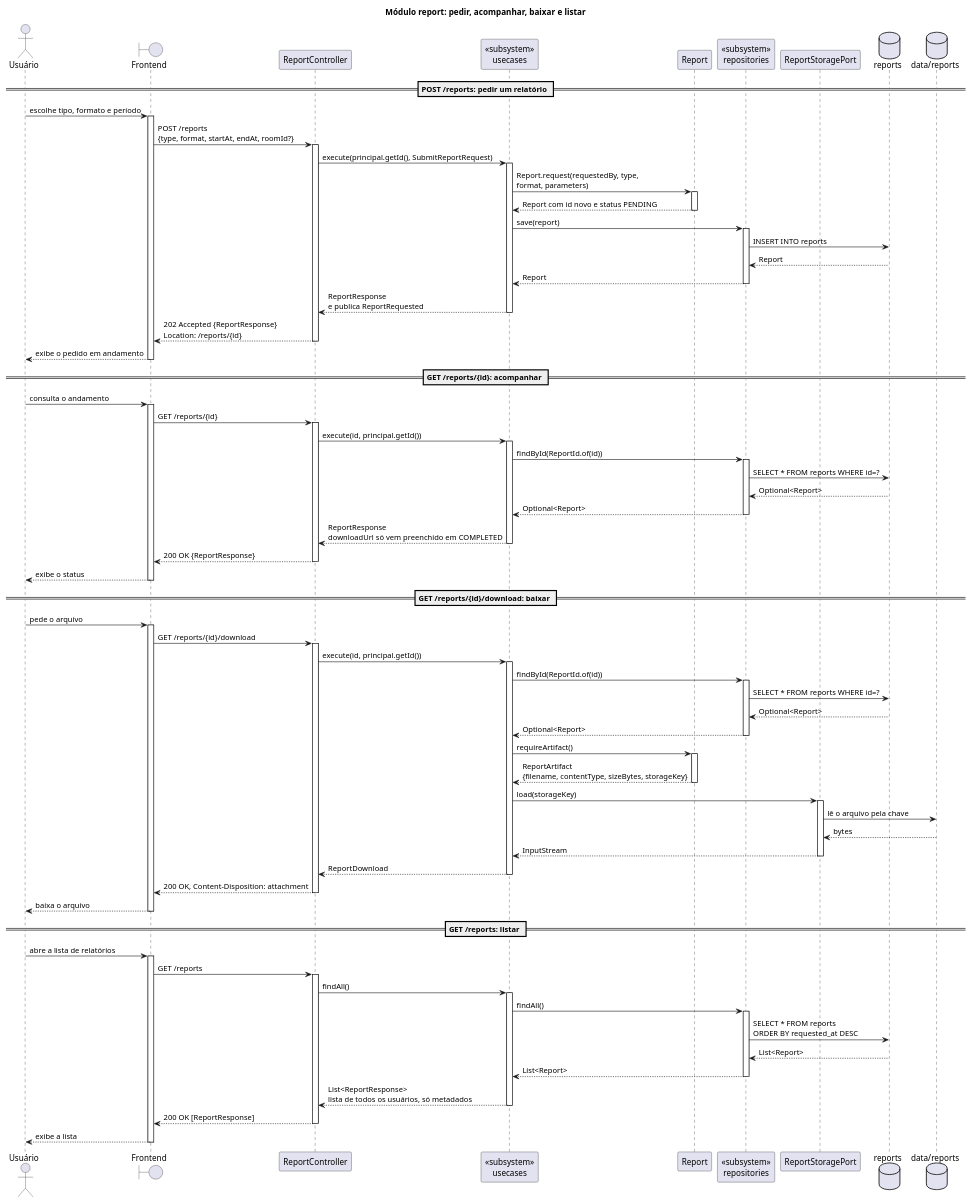
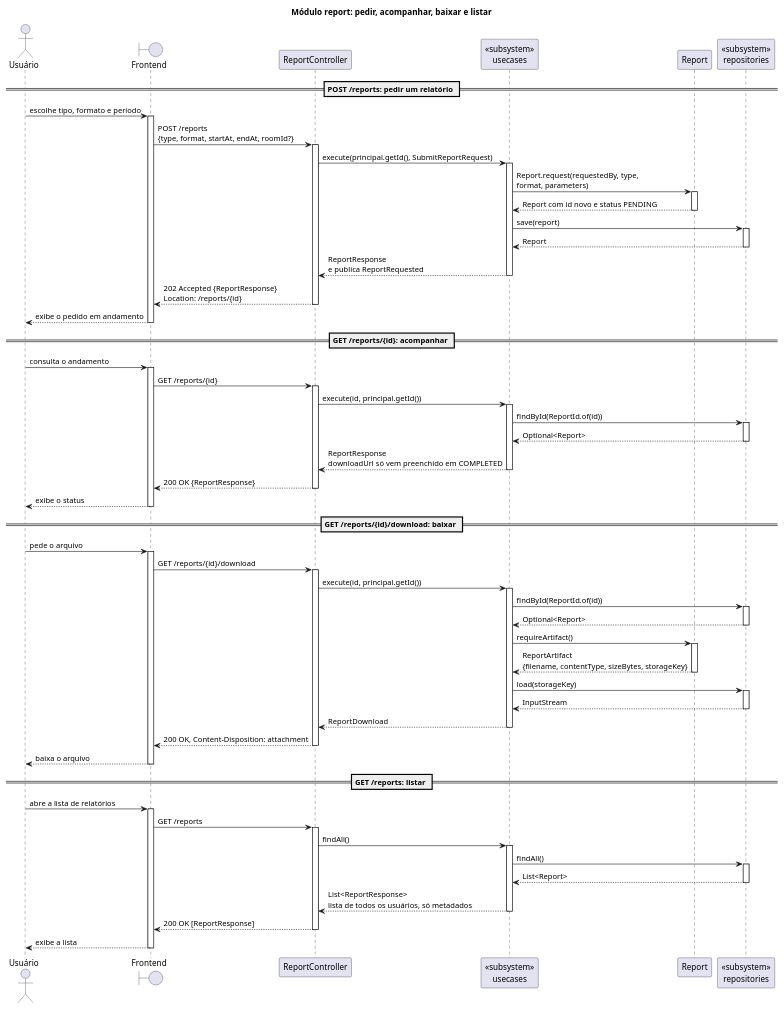
One commit to Neoguara/rooms-diagrams changed the diagram in src/plantuml/sequencia/simples/report.puml. Above: the diagram before and after it, drawn with PlantUML. The commit also changed 23 other files, not shown here.

```diff
--- a/src/plantuml/sequencia/simples/report.puml
+++ b/src/plantuml/sequencia/simples/report.puml
@@ -1,141 +1,132 @@
 @startuml report_simples
 
 ' Os quatro endpoints HTTP do módulo report, no estilo simplista. A geração do arquivo,
 ' que acontece fora da requisição, está em report_generation.puml. Os diagramas completos
 ' continuam em sequencia/report/, e é lá que estão os desvios.
 '
-' Quatro cortes em relação aos completos:
+' Cinco cortes em relação aos completos:
 '   1. Porta e implementação viram um participante só, tipado como «subsystem».
 '   2. Só o caminho de sucesso. Nenhum alt: os erros (404, 422) estão nos completos, e as
 '      transições de estado estão em estado/report_status.puml.
 '   3. Nenhum loop, nenhuma mensagem para si mesmo.
 '   4. Ativação só em trecho reto, abrindo e fechando no mesmo nível.
+'   5. O armazenamento não aparece. As mensagens param no participante de repositório,
+'      que absorve também o ReportStoragePort, e a consulta, a gravação e a leitura do
+'      arquivo ficam implícitas: o que importa é a conversa entre as camadas, não o SQL
+'      nem o disco.
 '
 ' O POST responde 202, e não 201, porque o arquivo ainda não existe: o que existe é o
 ' acompanhamento.
 
 title Módulo report: pedir, acompanhar, baixar e listar
 
 actor "Usuário" as Ator
 boundary "Frontend" as FE
 participant "ReportController" as Ctrl
 
 participant "<<subsystem>>\nusecases" as UC
 
 participant "Report" as Entity
 
 participant "<<subsystem>>\nrepositories" as Repo
-participant "ReportStoragePort" as Storage
-database "reports" as DB
-database "data/reports" as FS
 
 == POST /reports: pedir um relatório ==
 
 Ator -> FE: escolhe tipo, formato e período
 activate FE
 FE -> Ctrl: POST /reports\n{type, format, startAt, endAt, roomId?}
 activate Ctrl
 Ctrl -> UC: execute(principal.getId(), SubmitReportRequest)
 activate UC
 
 UC -> Entity: Report.request(requestedBy, type,\nformat, parameters)
 activate Entity
 Entity --> UC: Report com id novo e status PENDING
 deactivate Entity
 
 UC -> Repo: save(report)
 activate Repo
-Repo -> DB: INSERT INTO reports
-DB --> Repo: Report
 Repo --> UC: Report
 deactivate Repo
 
 UC --> Ctrl: ReportResponse\ne publica ReportRequested
 deactivate UC
 Ctrl --> FE: 202 Accepted {ReportResponse}\nLocation: /reports/{id}
 deactivate Ctrl
 FE --> Ator: exibe o pedido em andamento
 deactivate FE
 
 == GET /reports/{id}: acompanhar ==
 
 Ator -> FE: consulta o andamento
 activate FE
 FE -> Ctrl: GET /reports/{id}
 activate Ctrl
 Ctrl -> UC: execute(id, principal.getId())
 activate UC
 
 UC -> Repo: findById(ReportId.of(id))
 activate Repo
-Repo -> DB: SELECT * FROM reports WHERE id=?
-DB --> Repo: Optional<Report>
 Repo --> UC: Optional<Report>
 deactivate Repo
 
 UC --> Ctrl: ReportResponse\ndownloadUrl só vem preenchido em COMPLETED
 deactivate UC
 Ctrl --> FE: 200 OK {ReportResponse}
 deactivate Ctrl
 FE --> Ator: exibe o status
 deactivate FE
 
 == GET /reports/{id}/download: baixar ==
 
 Ator -> FE: pede o arquivo
 activate FE
 FE -> Ctrl: GET /reports/{id}/download
 activate Ctrl
 Ctrl -> UC: execute(id, principal.getId())
 activate UC
 
 UC -> Repo: findById(ReportId.of(id))
 activate Repo
-Repo -> DB: SELECT * FROM reports WHERE id=?
-DB --> Repo: Optional<Report>
 Repo --> UC: Optional<Report>
 deactivate Repo
 
 UC -> Entity: requireArtifact()
 activate Entity
 Entity --> UC: ReportArtifact\n{filename, contentType, sizeBytes, storageKey}
 deactivate Entity
 
-UC -> Storage: load(storageKey)
-activate Storage
-Storage -> FS: lê o arquivo pela chave
-FS --> Storage: bytes
-Storage --> UC: InputStream
-deactivate Storage
+UC -> Repo: load(storageKey)
+activate Repo
+Repo --> UC: InputStream
+deactivate Repo
 
 UC --> Ctrl: ReportDownload
 deactivate UC
 Ctrl --> FE: 200 OK, Content-Disposition: attachment
 deactivate Ctrl
 FE --> Ator: baixa o arquivo
 deactivate FE
 
 == GET /reports: listar ==
 
 Ator -> FE: abre a lista de relatórios
 activate FE
 FE -> Ctrl: GET /reports
 activate Ctrl
 Ctrl -> UC: findAll()
 activate UC
 
 UC -> Repo: findAll()
 activate Repo
-Repo -> DB: SELECT * FROM reports\nORDER BY requested_at DESC
-DB --> Repo: List<Report>
 Repo --> UC: List<Report>
 deactivate Repo
 
 UC --> Ctrl: List<ReportResponse>\nlista de todos os usuários, só metadados
 deactivate UC
 Ctrl --> FE: 200 OK [ReportResponse]
 deactivate Ctrl
 FE --> Ator: exibe a lista
 deactivate FE
 
 @enduml
```
